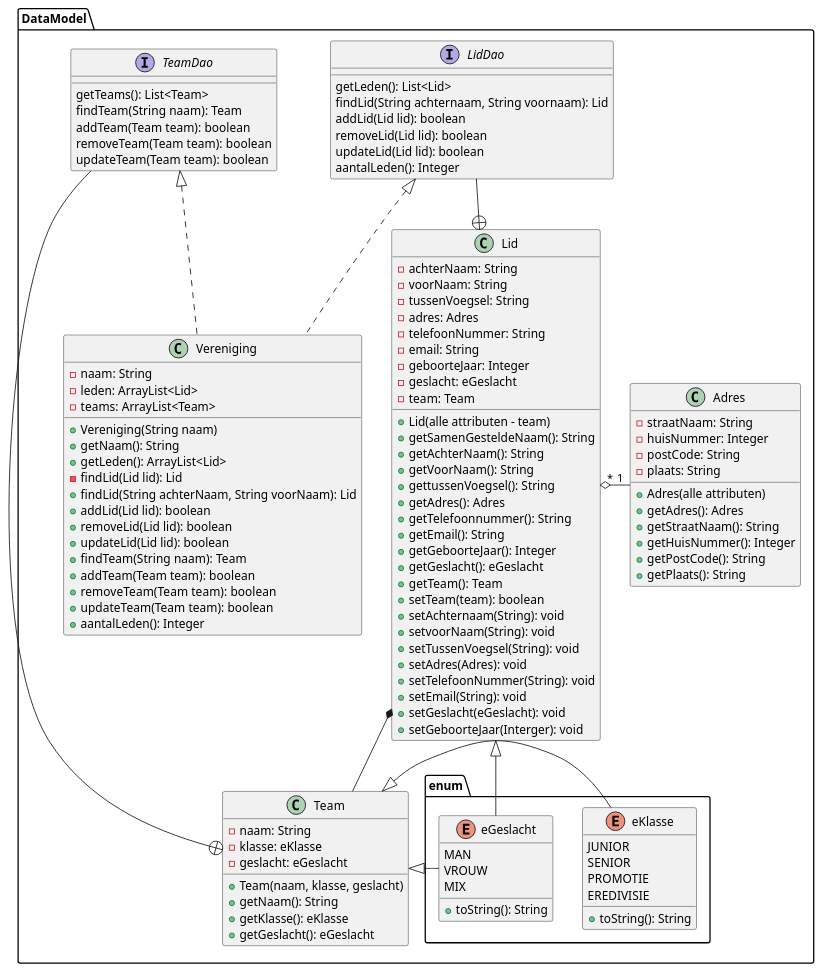
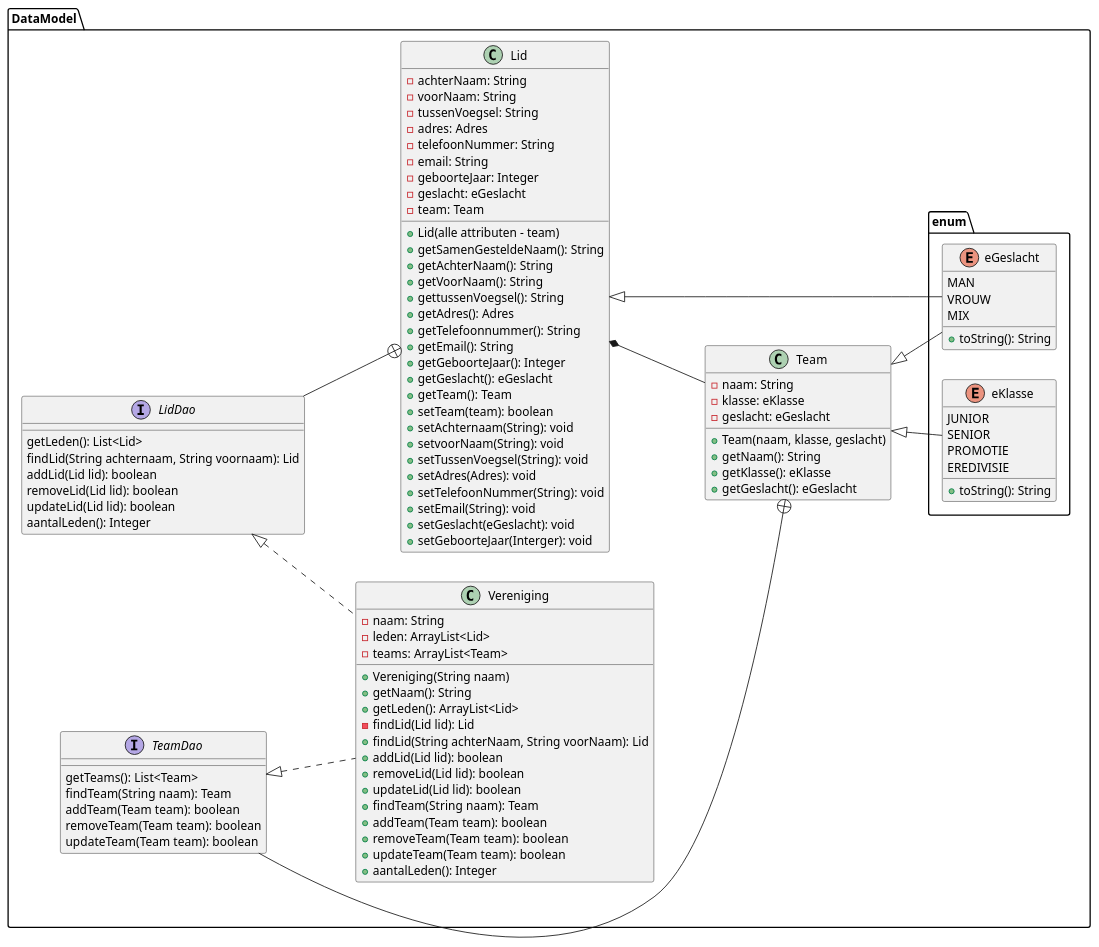
Before and after one commit to kaasszje/Zovoc-Leden-Beheer: the diagram in Docs/Zovoc-Leden-Beheer-KlasseDiagram.puml, drawn with PlantUML. The commit also changed 6 other files, not shown here.

```diff
--- a/Docs/Zovoc-Leden-Beheer-KlasseDiagram.puml
+++ b/Docs/Zovoc-Leden-Beheer-KlasseDiagram.puml
@@ -1,126 +1,111 @@
 @startuml
 'https://plantuml.com/class-diagram
 '!theme materia
-'left to right direction
+left to right direction
 package DataModel {
-class Vereniging implements LidDao, TeamDao {
+class Vereniging implements LidDao, TeamDao{
     -naam: String
     -leden: ArrayList<Lid>
     -teams: ArrayList<Team>
     +Vereniging(String naam)
     +getNaam(): String
     +getLeden(): ArrayList<Lid>
     -findLid(Lid lid): Lid
     +findLid(String achterNaam, String voorNaam): Lid
     +addLid(Lid lid): boolean
     +removeLid(Lid lid): boolean
     +updateLid(Lid lid): boolean
     +findTeam(String naam): Team
     +addTeam(Team team): boolean
     +removeTeam(Team team): boolean
     +updateTeam(Team team): boolean
     +aantalLeden(): Integer
 }
 
 class Lid {
     -achterNaam: String
     -voorNaam: String
     -tussenVoegsel: String
     -adres: Adres
     -telefoonNummer: String
     -email: String
     -geboorteJaar: Integer
     -geslacht: eGeslacht
     -team: Team
     +Lid(alle attributen - team)
     +getSamenGesteldeNaam(): String
     +getAchterNaam(): String
     +getVoorNaam(): String
     +gettussenVoegsel(): String
     +getAdres(): Adres
     +getTelefoonnummer(): String
     +getEmail(): String
     +getGeboorteJaar(): Integer
     +getGeslacht(): eGeslacht
     +getTeam(): Team
     +setTeam(team): boolean
     +setAchternaam(String): void
     +setvoorNaam(String): void
     +setTussenVoegsel(String): void
     +setAdres(Adres): void
     +setTelefoonNummer(String): void
     +setEmail(String): void
     +setGeslacht(eGeslacht): void
     +setGeboorteJaar(Interger): void
 }
 
 interface LidDao {
         getLeden(): List<Lid>
         findLid(String achternaam, String voornaam): Lid
         addLid(Lid lid): boolean
         removeLid(Lid lid): boolean
         updateLid(Lid lid): boolean
         aantalLeden(): Integer
 }
 
 class Team {
     -naam: String
     -klasse: eKlasse
     -geslacht: eGeslacht
     +Team(naam, klasse, geslacht)
     +getNaam(): String
     +getKlasse(): eKlasse
     +getGeslacht(): eGeslacht
-
 }
 
 interface TeamDao {
     getTeams(): List<Team>
     findTeam(String naam): Team
     addTeam(Team team): boolean
     removeTeam(Team team): boolean
     updateTeam(Team team): boolean
 }
 
-class Adres {
-    -straatNaam: String
-    -huisNummer: Integer
-    -postCode: String
-    -plaats: String
-    +Adres(alle attributen)
-    +getAdres(): Adres
-    +getStraatNaam(): String
-    +getHuisNummer(): Integer
-    +getPostCode(): String
-    +getPlaats(): String
-}
-
 package enum {
-enum eGeslacht {
-    MAN
-    VROUW
-    MIX
-    +toString(): String
-}
+    enum eGeslacht {
+        MAN
+        VROUW
+        MIX
+        +toString(): String
+    }
 
 
-enum eKlasse {
-      JUNIOR
-      SENIOR
-      PROMOTIE
-      EREDIVISIE
-      +toString(): String
-}
+    enum eKlasse {
+          JUNIOR
+        SENIOR
+        PROMOTIE
+        EREDIVISIE
+        +toString(): String
+    }
 
 }
 }
 
 Team <|- eKlasse
-Team <|- eGeslacht
+Team <|-- eGeslacht
 Lid <|- eGeslacht
 Lid  *-- Team
 LidDao --+ Lid
 TeamDao --+ Team
-Lid "*" o- "1" Adres
 
 @enduml
```
